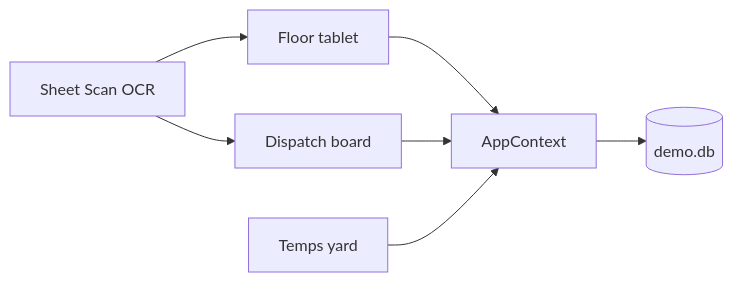
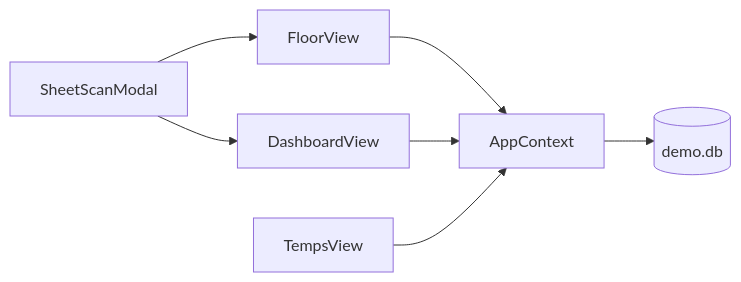
Before and after one commit to Metaheurist/IceFast: the diagram in docs/app-and-features.md, drawn with Mermaid. The commit also changed other lines of this file and 7 other files, not shown here.

````diff
--- a/docs/app-and-features.md
+++ b/docs/app-and-features.md
@@ -7,15 +5,15 @@
 ```mermaid
 flowchart LR
-  Floor[Floor tablet]
-  Dispatch[Dispatch board]
-  Temps[Temps yard]
-  Scan[Sheet Scan OCR]
+  Floor[FloorView]
+  Dispatch[DashboardView]
+  Temps[TempsView]
+  Scan[SheetScanModal]
   Ctx[AppContext]
   DB[(demo.db)]
   Floor --> Ctx
   Dispatch --> Ctx
   Temps --> Ctx
   Scan --> Floor
   Scan --> Dispatch
   Ctx --> DB
 ```
````
